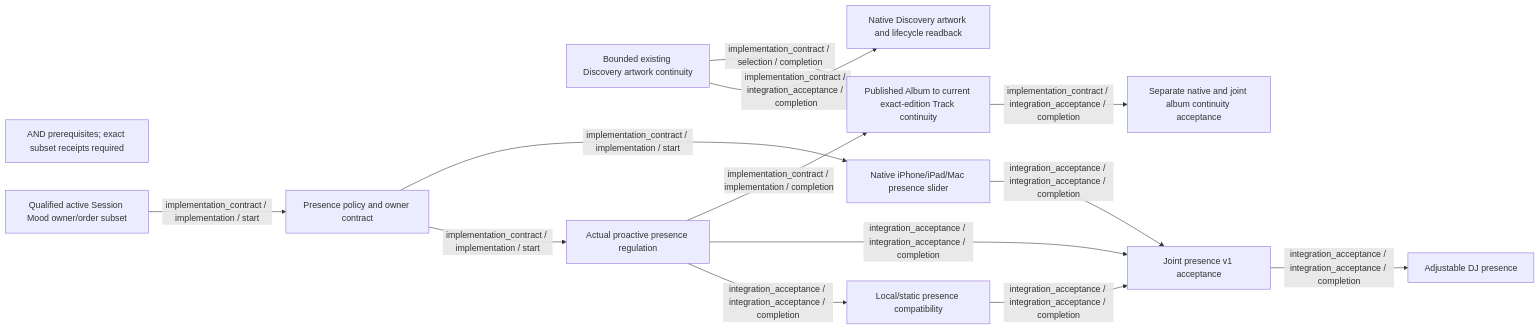
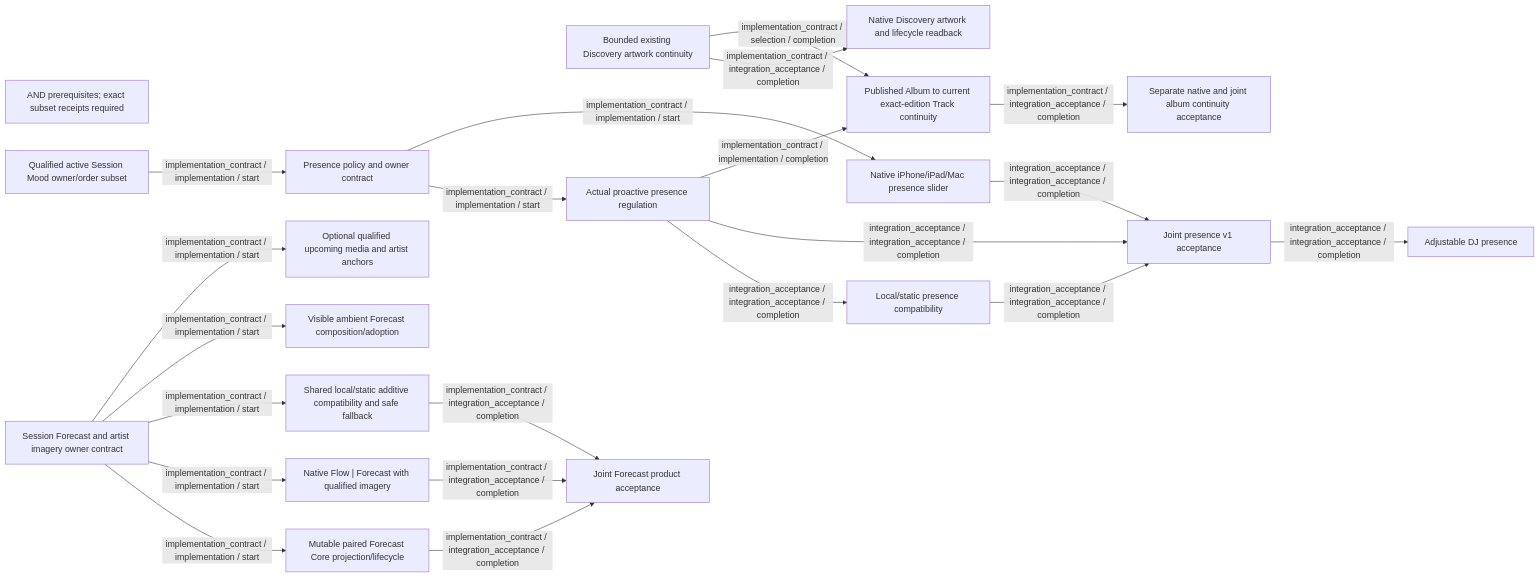
One commit to pcvantol/djconnect changed the diagram in docs/roadmap/v1/diagrams/hard-dependencies.mmd. Above: the diagram before and after it, drawn with Mermaid. The commit also changed 60 other files, not shown here.

First line of the commit message:
Core: bounded Session Forecast with qualified current artist imagery (#1156)

```diff
--- a/docs/roadmap/v1/diagrams/hard-dependencies.mmd
+++ b/docs/roadmap/v1/diagrams/hard-dependencies.mmd
@@ -1,25 +1,40 @@
 flowchart LR
   note["AND prerequisites; exact subset receipts required"]
   n215["Native Discovery artwork and lifecycle readback"]
   n214["Bounded existing Discovery artwork continuity"]
+  n220["Native Flow | Forecast with qualified imagery"]
+  n218["Session Forecast and artist imagery owner contract"]
+  n219["Mutable paired Forecast Core projection/lifecycle"]
+  n224["Optional qualified upcoming media and artist anchors"]
+  n222["Joint Forecast product acceptance"]
+  n221["Shared local/static additive compatibility and safe fallback"]
+  n223["Visible ambient Forecast composition/adoption"]
   n207["Adjustable DJ presence"]
   n212["Joint presence v1 acceptance"]
   n211["Local/static presence compatibility"]
   n217["Separate native and joint album continuity acceptance"]
   n216["Published Album to current exact-edition Track continuity"]
   n210["Native iPhone/iPad/Mac presence slider"]
   n213["Qualified active Session Mood owner/order subset"]
   n208["Presence policy and owner contract"]
   n209["Actual proactive presence regulation"]
   n208 -->|implementation_contract / implementation / start| n209
   n208 -->|implementation_contract / implementation / start| n210
   n209 -->|integration_acceptance / integration_acceptance / completion| n211
   n209 -->|integration_acceptance / integration_acceptance / completion| n212
   n210 -->|integration_acceptance / integration_acceptance / completion| n212
   n211 -->|integration_acceptance / integration_acceptance / completion| n212
   n212 -->|integration_acceptance / integration_acceptance / completion| n207
   n213 -->|implementation_contract / implementation / start| n208
   n214 -->|implementation_contract / integration_acceptance / completion| n215
   n214 -->|implementation_contract / selection / completion| n216
   n209 -->|implementation_contract / implementation / completion| n216
   n216 -->|implementation_contract / integration_acceptance / completion| n217
+  n218 -->|implementation_contract / implementation / start| n219
+  n218 -->|implementation_contract / implementation / start| n220
+  n218 -->|implementation_contract / implementation / start| n221
+  n219 -->|implementation_contract / integration_acceptance / completion| n222
+  n220 -->|implementation_contract / integration_acceptance / completion| n222
+  n221 -->|implementation_contract / integration_acceptance / completion| n222
+  n218 -->|implementation_contract / implementation / start| n223
+  n218 -->|implementation_contract / implementation / start| n224
```
